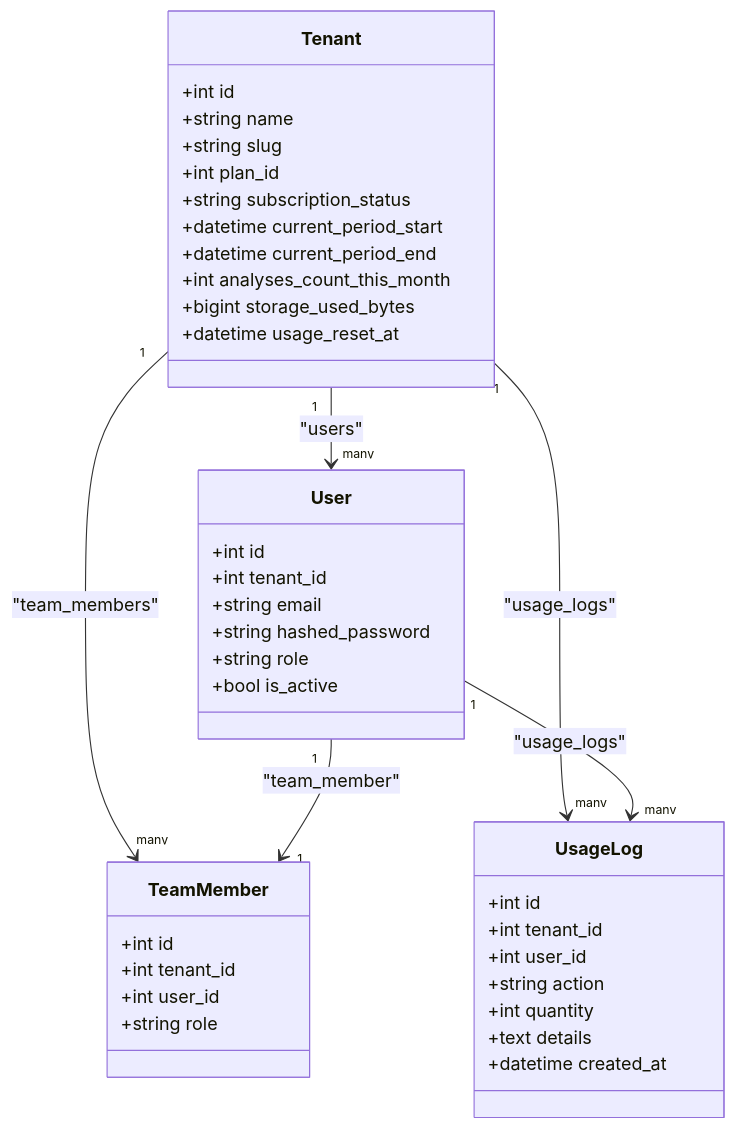
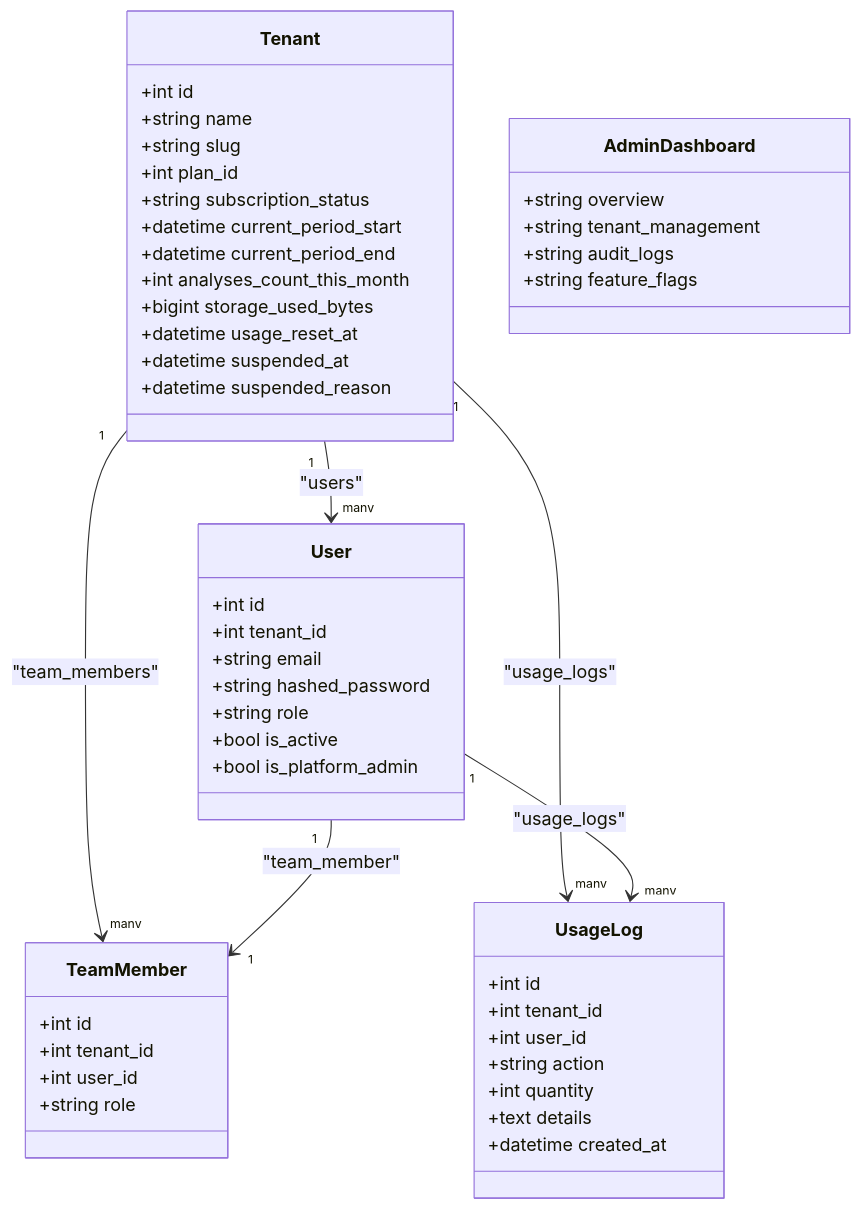
Before and after one commit to Revanththetalogics/aireume: the eighth of 12 diagrams in .qoder/repowiki/en/content/Authentication & Authorization/Authentication & Authorization.md, drawn with Mermaid. The commit also changed other lines of this file and 10 other files, not shown here.

````diff
--- a/.qoder/repowiki/en/content/Authentication & Authorization/Authentication & Authorization.md
+++ b/.qoder/repowiki/en/content/Authentication & Authorization/Authentication & Authorization.md
@@ -324,43 +391,52 @@
 ```mermaid
 classDiagram
 class Tenant {
 +int id
 +string name
 +string slug
 +int plan_id
 +string subscription_status
 +datetime current_period_start
 +datetime current_period_end
 +int analyses_count_this_month
 +bigint storage_used_bytes
 +datetime usage_reset_at
++datetime suspended_at
++datetime suspended_reason
 }
 class User {
 +int id
 +int tenant_id
 +string email
 +string hashed_password
 +string role
 +bool is_active
++bool is_platform_admin
 }
 class TeamMember {
 +int id
 +int tenant_id
 +int user_id
 +string role
 }
 class UsageLog {
 +int id
 +int tenant_id
 +int user_id
 +string action
 +int quantity
 +text details
 +datetime created_at
 }
+class AdminDashboard {
++string overview
++string tenant_management
++string audit_logs
++string feature_flags
+}
 Tenant "1" --> "many" User : "users"
 Tenant "1" --> "many" TeamMember : "team_members"
 Tenant "1" --> "many" UsageLog : "usage_logs"
 User "1" --> "1" TeamMember : "team_member"
 User "1" --> "many" UsageLog : "usage_logs"
 ```
````
